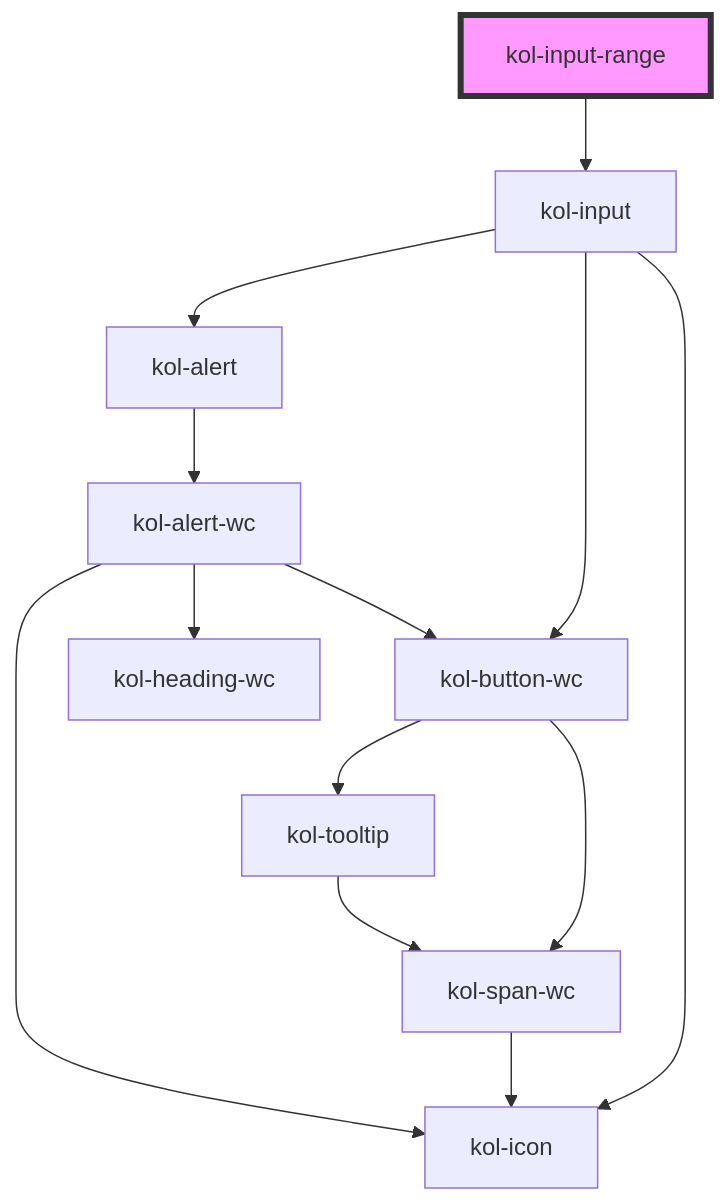
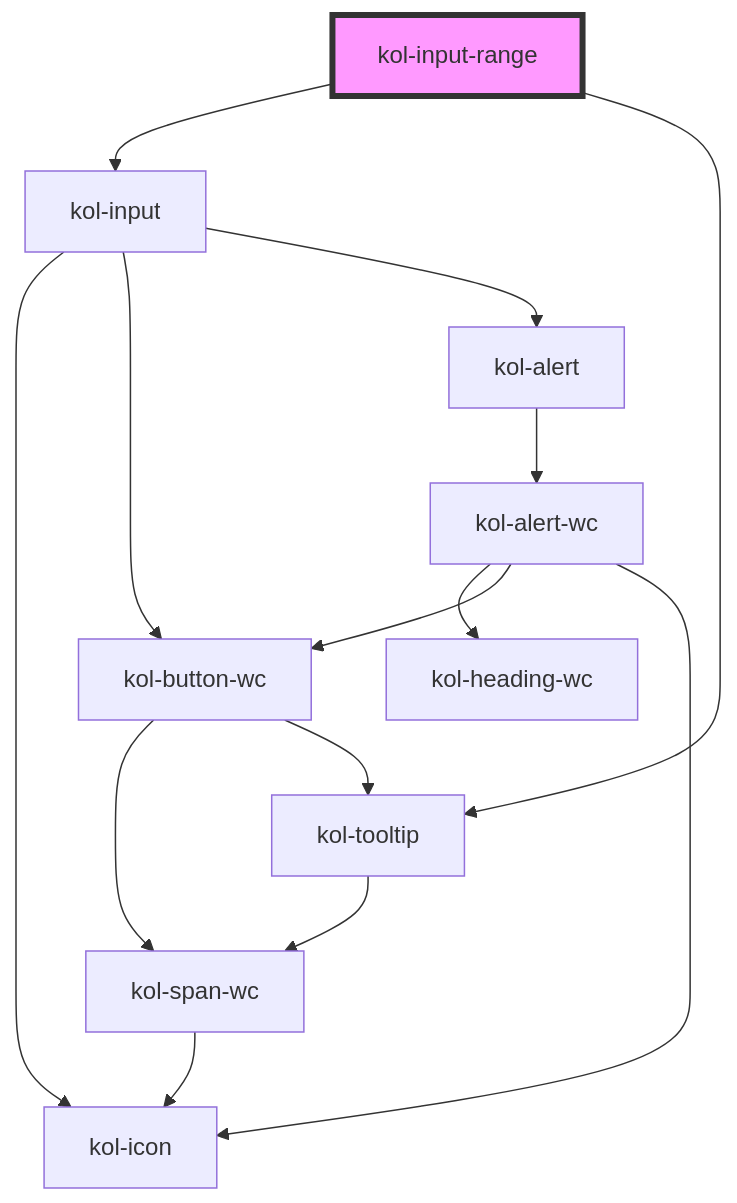
Before and after one commit to public-ui/kolibri: the diagram in packages/components/src/components/input-range/readme.md, drawn with Mermaid. The commit also changed other lines of this file and 96 other files, not shown here.

````diff
--- a/packages/components/src/components/input-range/readme.md
+++ b/packages/components/src/components/input-range/readme.md
@@ -85,16 +87,17 @@
 ```mermaid
 graph TD;
   kol-input-range --> kol-input
+  kol-input-range --> kol-tooltip
   kol-input --> kol-icon
   kol-input --> kol-button-wc
   kol-input --> kol-alert
   kol-button-wc --> kol-span-wc
   kol-button-wc --> kol-tooltip
   kol-span-wc --> kol-icon
   kol-tooltip --> kol-span-wc
   kol-alert --> kol-alert-wc
   kol-alert-wc --> kol-heading-wc
   kol-alert-wc --> kol-button-wc
   kol-alert-wc --> kol-icon
   style kol-input-range fill:#f9f,stroke:#333,stroke-width:4px
 ```
````
